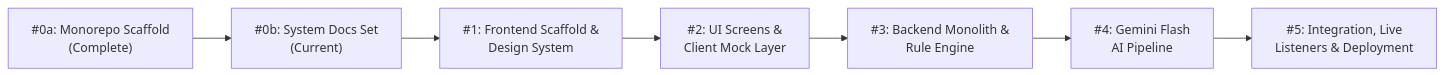
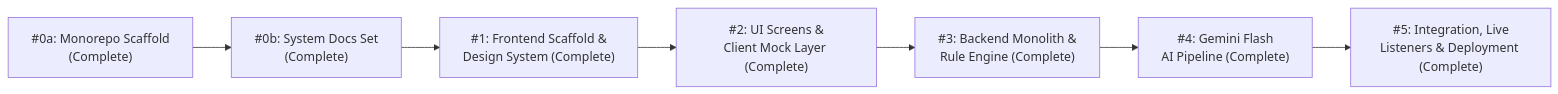
Before and after one commit to Prakash-02/uyir2uyir: the diagram in docs/ROADMAP.md, drawn with Mermaid. The commit also changed 1 other file, not shown here.

Commit message:
docs(readme): update roadmap milestones to complete

````diff
--- a/docs/ROADMAP.md
+++ b/docs/ROADMAP.md
@@ -26,9 +26,9 @@
 ```mermaid
 flowchart LR
-    M0A["#0a: Monorepo Scaffold\n(Complete)"] --> M0B["#0b: System Docs Set\n(Current)"]
-    M0B --> M1["#1: Frontend Scaffold &\nDesign System"]
-    M1 --> M2["#2: UI Screens &\nClient Mock Layer"]
-    M2 --> M3["#3: Backend Monolith &\nRule Engine"]
-    M3 --> M4["#4: Gemini Flash\nAI Pipeline"]
-    M4 --> M5["#5: Integration, Live\nListeners & Deployment"]
+    M0A["#0a: Monorepo Scaffold\n(Complete)"] --> M0B["#0b: System Docs Set\n(Complete)"]
+    M0B --> M1["#1: Frontend Scaffold &\nDesign System (Complete)"]
+    M1 --> M2["#2: UI Screens &\nClient Mock Layer (Complete)"]
+    M2 --> M3["#3: Backend Monolith &\nRule Engine (Complete)"]
+    M3 --> M4["#4: Gemini Flash\nAI Pipeline (Complete)"]
+    M4 --> M5["#5: Integration, Live\nListeners & Deployment (Complete)"]
 ```
````
